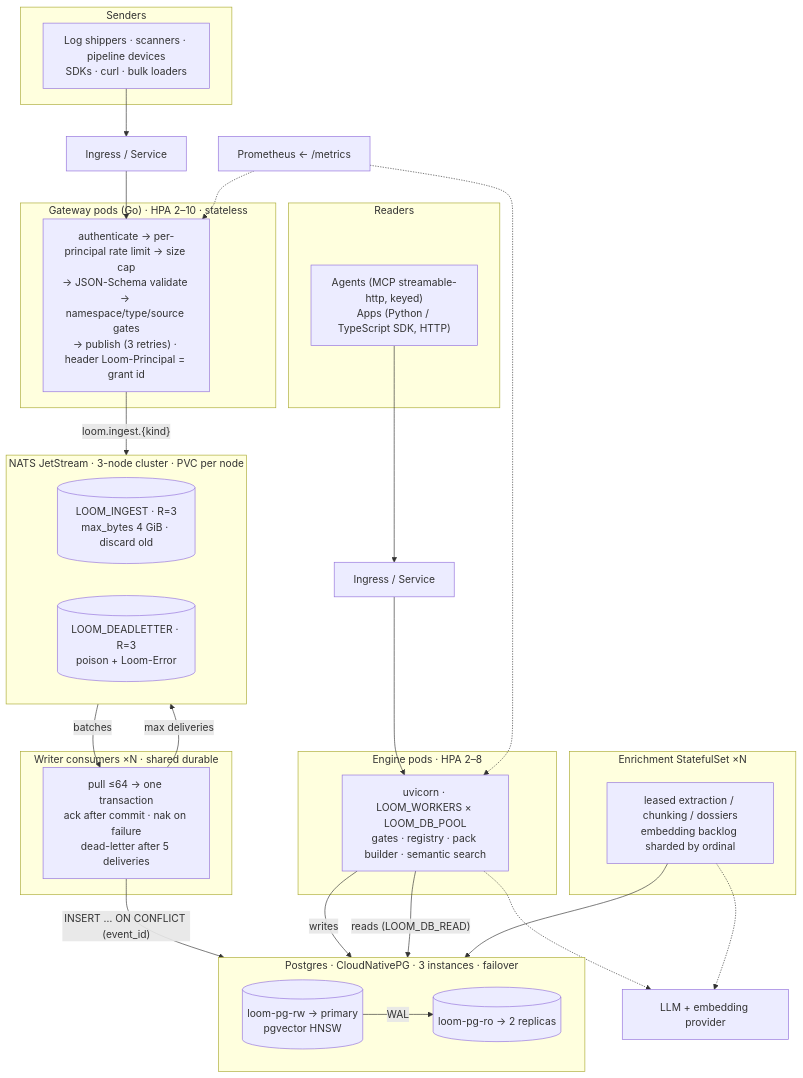
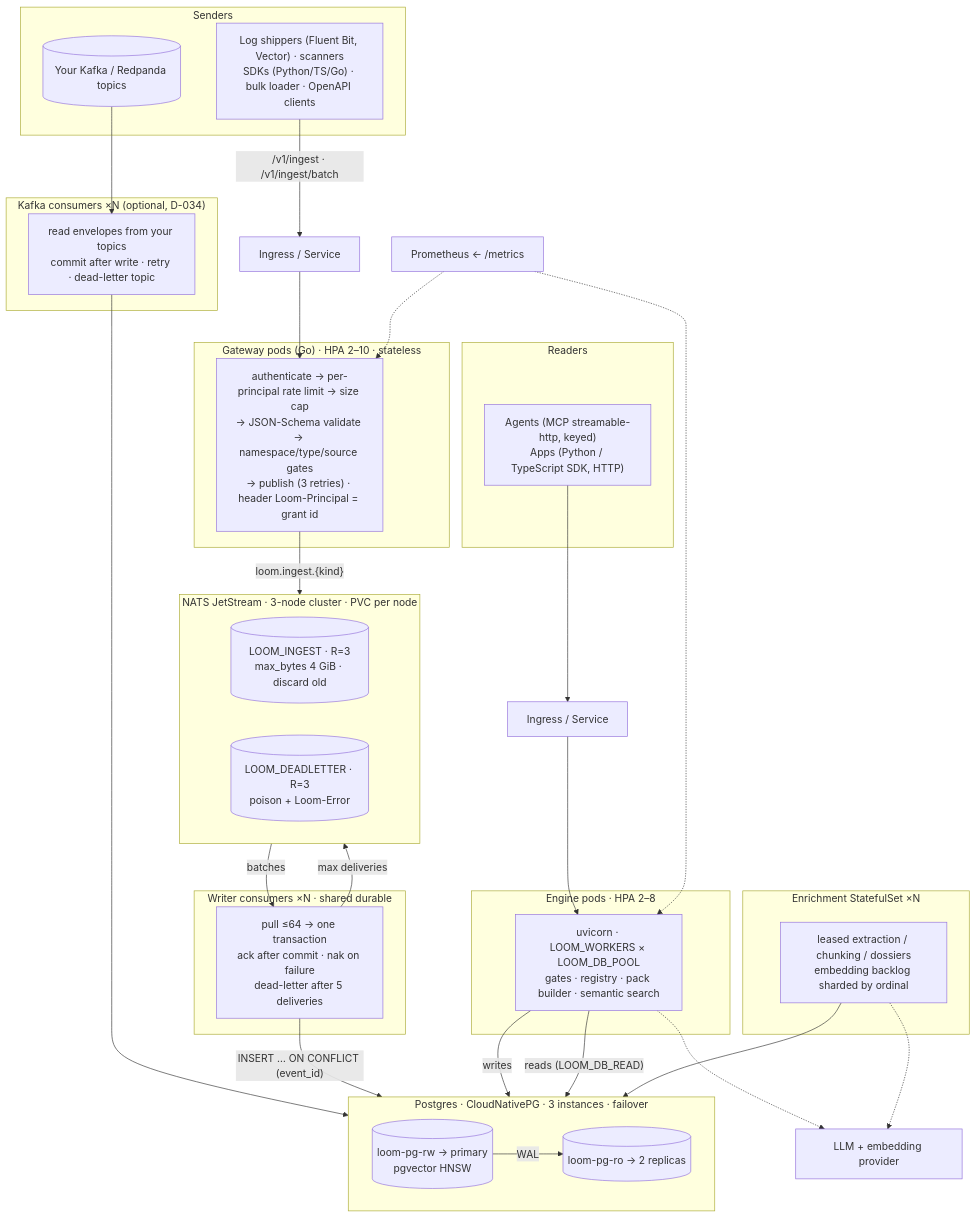
The second of 5 diagrams in docs/infrastructure.md (seahop/loomctx), drawn with Mermaid before and after one commit. The commit also changed other lines of this file and 8 other files, not shown here.

````diff
--- a/docs/infrastructure.md
+++ b/docs/infrastructure.md
@@ -68,58 +70,64 @@
 ```mermaid
 flowchart TB
     subgraph senders["Senders"]
-        shippers["Log shippers · scanners · pipeline devices<br/>SDKs · curl · bulk loaders"]
+        shippers["Log shippers (Fluent Bit, Vector) · scanners<br/>SDKs (Python/TS/Go) · bulk loader · OpenAPI clients"]
+        kafka[("Your Kafka / Redpanda topics")]
     end
     subgraph readers["Readers"]
         agents["Agents (MCP streamable-http, keyed)<br/>Apps (Python / TypeScript SDK, HTTP)"]
     end
 
     lb1["Ingress / Service"]
     lb2["Ingress / Service"]
 
     subgraph gws["Gateway pods (Go) · HPA 2–10 · stateless"]
         gw["authenticate → per-principal rate limit → size cap<br/>→ JSON-Schema validate → namespace/type/source gates<br/>→ publish (3 retries) · header Loom-Principal = grant id"]
     end
 
     subgraph nats["NATS JetStream · 3-node cluster · PVC per node"]
         direction LR
         s1[("LOOM_INGEST · R=3<br/>max_bytes 4 GiB · discard old")]
         s2[("LOOM_DEADLETTER · R=3<br/>poison + Loom-Error")]
     end
 
     subgraph cons["Writer consumers ×N · shared durable"]
         c1["pull ≤64 → one transaction<br/>ack after commit · nak on failure<br/>dead-letter after 5 deliveries"]
     end
 
+    subgraph kcons["Kafka consumers ×N (optional, D-034)"]
+        k1["read envelopes from your topics<br/>commit after write · retry · dead-letter topic"]
+    end
+
     subgraph engs["Engine pods · HPA 2–8"]
         e1["uvicorn · LOOM_WORKERS × LOOM_DB_POOL<br/>gates · registry · pack builder · semantic search"]
     end
 
     subgraph wks["Enrichment StatefulSet ×N"]
         w1["leased extraction / chunking / dossiers<br/>embedding backlog sharded by ordinal"]
     end
 
     subgraph pg["Postgres · CloudNativePG · 3 instances · failover"]
         direction LR
         rw[("loom-pg-rw → primary<br/>pgvector HNSW")]
         ro[("loom-pg-ro → 2 replicas")]
         rw -- "WAL" --> ro
     end
 
     llm["LLM + embedding provider"]
     prom["Prometheus ← /metrics"]
 
-    shippers --> lb1 --> gw
+    shippers -- "/v1/ingest · /v1/ingest/batch" --> lb1 --> gw
+    kafka --> k1 --> rw
     gw -- "loom.ingest.{kind}" --> s1
     s1 -- "batches" --> c1
     c1 -- "max deliveries" --> s2
     c1 -- "INSERT … ON CONFLICT (event_id)" --> rw
     agents --> lb2 --> e1
     e1 -- "writes" --> rw
     e1 -- "reads (LOOM_DB_READ)" --> ro
     w1 --> rw
     e1 -.-> llm
     w1 -.-> llm
     prom -.-> e1
     prom -.-> gw
 ```
````
